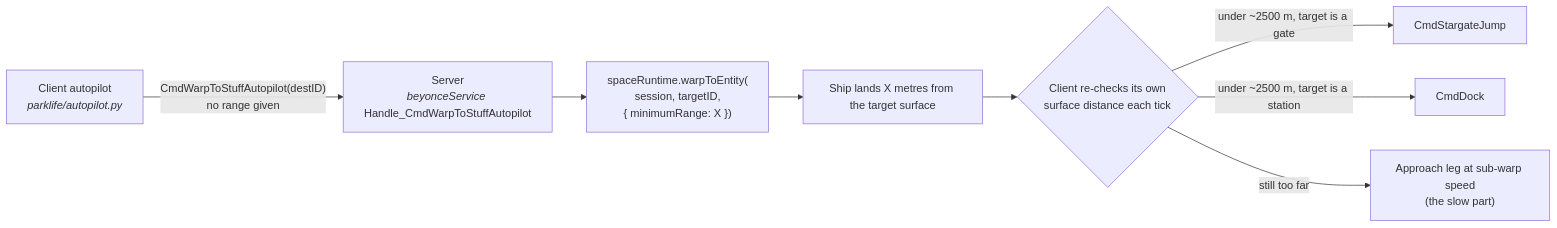
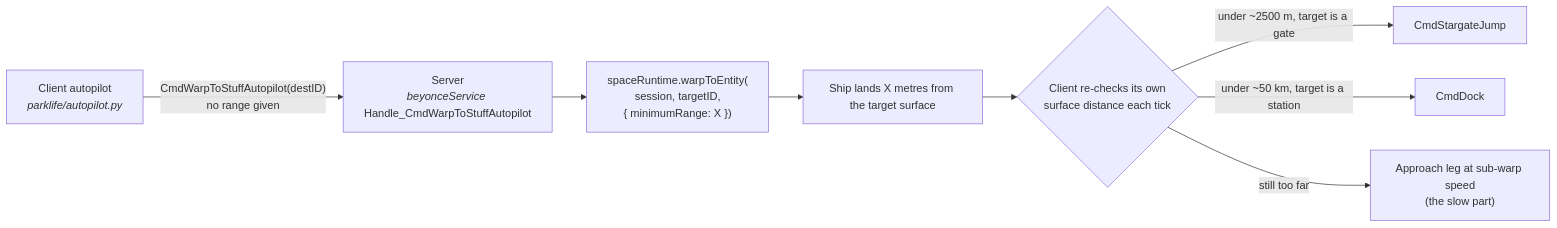
The diagram in HOW-IT-WORKS.md (HalCyonNJ/EveJS-AutoPilotJumpZero), drawn with Mermaid before and after one commit. The commit also changed other lines of this file and 2 other files, not shown here.

````diff
--- a/HOW-IT-WORKS.md
+++ b/HOW-IT-WORKS.md
@@ -389,10 +390,10 @@
 ```mermaid
 flowchart LR
   A["Client autopilot<br/><i>parklife/autopilot.py</i>"] -->|"CmdWarpToStuffAutopilot(destID)<br/>no range given"| B["Server<br/><i>beyonceService</i> Handle_CmdWarpToStuffAutopilot"]
   B --> C["spaceRuntime.warpToEntity(<br/>session, targetID,<br/>{ minimumRange: X })"]
   C --> D["Ship lands X metres from the target surface"]
   D --> E{"Client re-checks its own<br/>surface distance each tick"}
   E -->|"under ~2500 m, target is a gate"| F["CmdStargateJump"]
-  E -->|"under ~2500 m, target is a station"| G["CmdDock"]
+  E -->|"under ~50 km, target is a station"| G["CmdDock"]
   E -->|"still too far"| H["Approach leg at sub-warp speed<br/>(the slow part)"]
 ```
````
